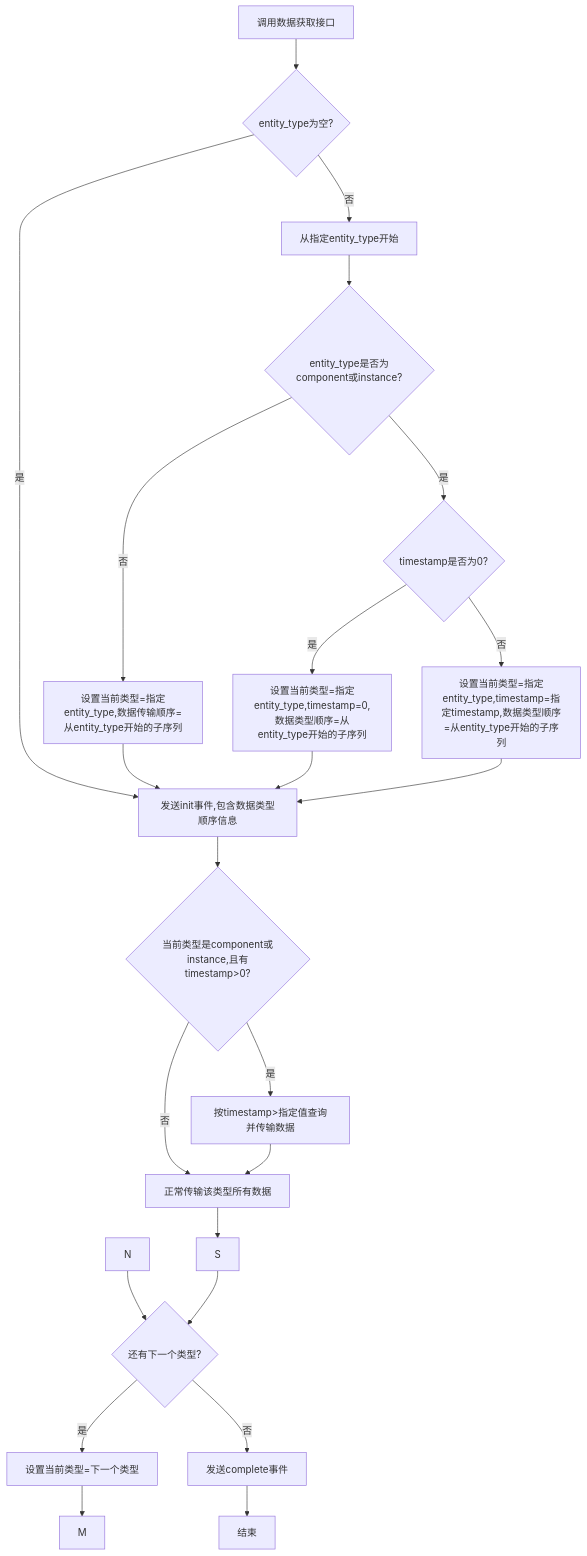
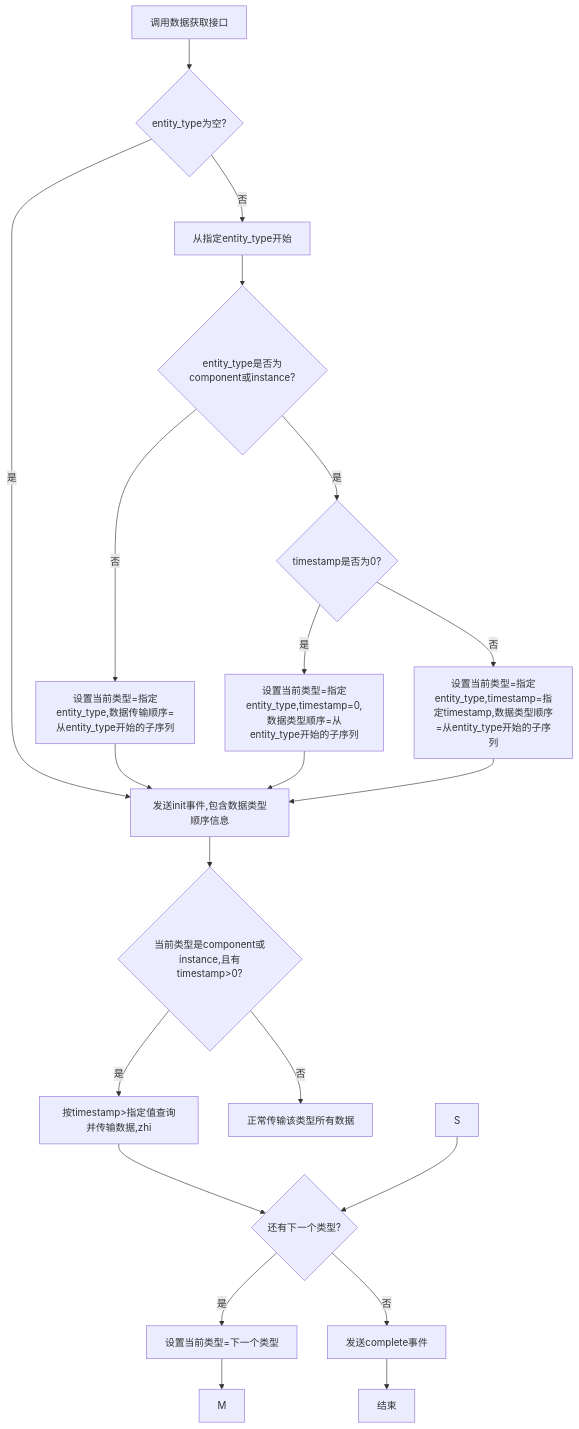
One commit to yingjianzh/iodraw-files changed the diagram in all/未命名-59.md. Above: the diagram before and after it, drawn with Mermaid.

Commit message:
2025-05-14 15:43:35 update

````diff
--- a/all/未命名-59.md
+++ b/all/未命名-59.md
@@ -1,35 +1,33 @@
 ```mermaid
 flowchart TD
     A[调用数据获取接口] --> B{entity_type为空?}
 
     B -->|是| K[发送init事件,包含数据类型顺序信息]
     B -->|否| D[从指定entity_type开始]
     
     D --> F{entity_type是否为component或instance?}
     
     F -->|否| G[设置当前类型=指定entity_type,数据传输顺序=从entity_type开始的子序列]
     F -->|是| H{timestamp是否为0?}
     
     H -->|是| I[设置当前类型=指定entity_type,timestamp=0,数据类型顺序=从entity_type开始的子序列]
     H -->|否| J[设置当前类型=指定entity_type,timestamp=指定timestamp,数据类型顺序=从entity_type开始的子序列]
     
     G --> K
     I --> K
     J --> K
     
    
     K --> P{当前类型是component或instance,且有timestamp>0?}
-    P -->|是| Q[按timestamp>指定值查询并传输数据]
+    P -->|是| Q[按timestamp>指定值查询并传输数据,zhi]
     P -->|否| R[正常传输该类型所有数据]
     
-    Q -->
-    R --> S
-    N --> T{还有下一个类型?}
+    Q --> T{还有下一个类型?}
     S --> T
     
     T -->|是| U[设置当前类型=下一个类型]
     T -->|否| V[发送complete事件]
     
     U --> M
     V --> W[结束]
 ```
````
